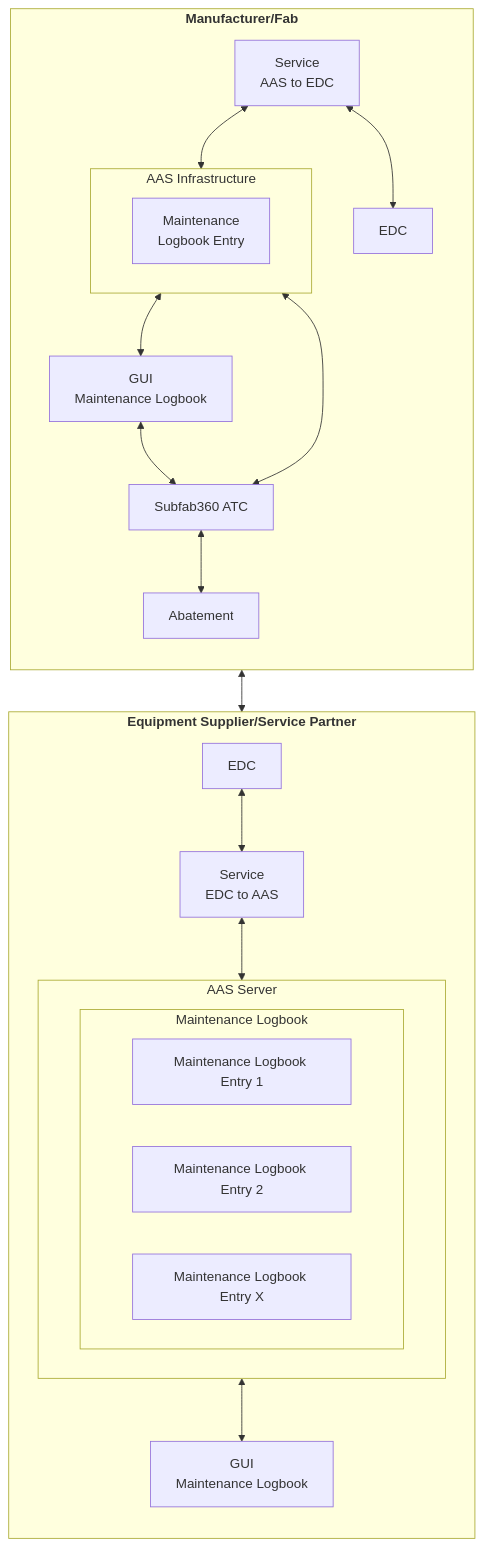
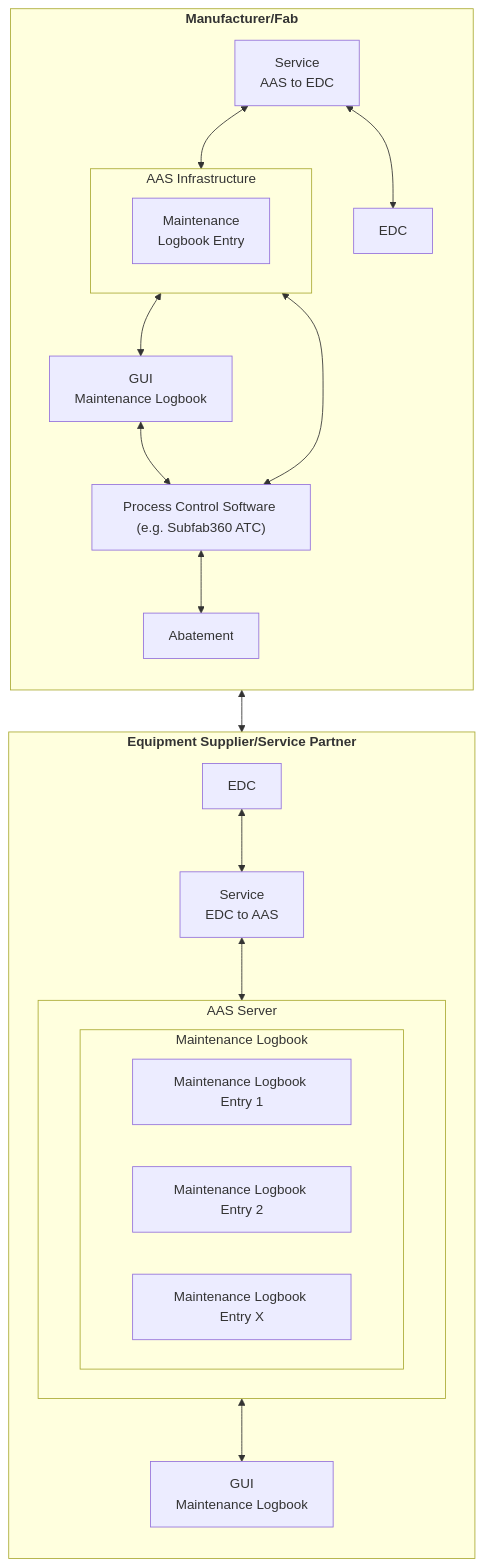
The first of 2 diagrams in docs-kits/kits/exchange-maintenance-logbook-kit/development-view/development-view.md (eclipse-tractusx/eclipse-tractusx.github.io), drawn with Mermaid before and after one commit. The commit also changed other lines of this file and 1 other file, not shown here.

Commit message:
generalization of solution description

````diff
--- a/docs-kits/kits/exchange-maintenance-logbook-kit/development-view/development-view.md
+++ b/docs-kits/kits/exchange-maintenance-logbook-kit/development-view/development-view.md
@@ -68,47 +68,47 @@
 ```mermaid
 flowchart TB
     subgraph supplier["<b>Equipment Supplier/Service Partner</b>"]
         direction TB
         
         EDC2["EDC"]
         ServiceEDC["Service\nEDC to AAS"]
 
         subgraph AASServ["AAS Server"]
             subgraph MaintenanceLogbook["Maintenance Logbook"]
                 MLE21["Maintenance Logbook Entry 1"]
                 MLE22["Maintenance Logbook Entry 2"]
                 MLE24["Maintenance Logbook Entry X"]
             end
         end
 
         GUI2["GUI\nMaintenance Logbook"]
 
         ServiceEDC <--> AASServ
         AASServ <--> GUI2
     end
 
     subgraph fab["<b>Manufacturer/Fab</b>"]
         direction TB
 
         EDC1["EDC"]
         ServiceAAS["Service\nAAS to EDC"]
 
         subgraph AASInfra["AAS Infrastructure"]
             MLE1["Maintenance\nLogbook Entry"]
         end
 
         GUI1["GUI\nMaintenance Logbook"]
-        Subfab["Subfab360 ATC"]
+        Subfab["Process Control Software (e.g. Subfab360 ATC)"]
         Abatement["Abatement"]
 
         ServiceAAS <--> AASInfra
         AASInfra <--> GUI1
         GUI1 <--> Subfab
         Subfab <--> Abatement
         Subfab <--> AASInfra
     end
 
     ServiceAAS <--> EDC1
     EDC1 <--> EDC2
     EDC2 <--> ServiceEDC
 ```
````
